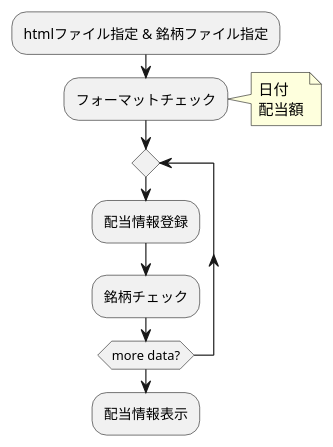
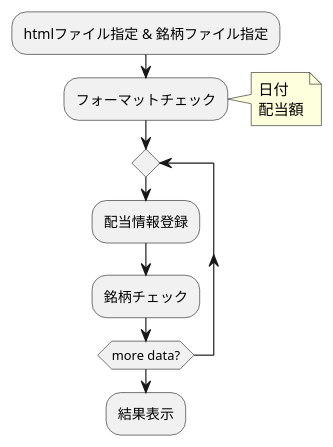
One commit to of3jlmssoo/djangorest-simple-app changed the third of 5 diagrams in client/docs/readme.md. Above: the diagram before and after it, drawn with PlantUML. The commit also changed other lines of this file and 1 other file, not shown here.

````diff
--- a/client/docs/readme.md
+++ b/client/docs/readme.md
@@ -45,15 +63,15 @@
 ```plantuml
 @startuml
 :htmlファイル指定 & 銘柄ファイル指定;
 :フォーマットチェック;
 note right
 日付
 配当額
 end note
 repeat
 :配当情報登録;
 :銘柄チェック;
 repeat while (more data?)
-:配当情報表示;
+:結果表示;
 @enduml
 ```
````
